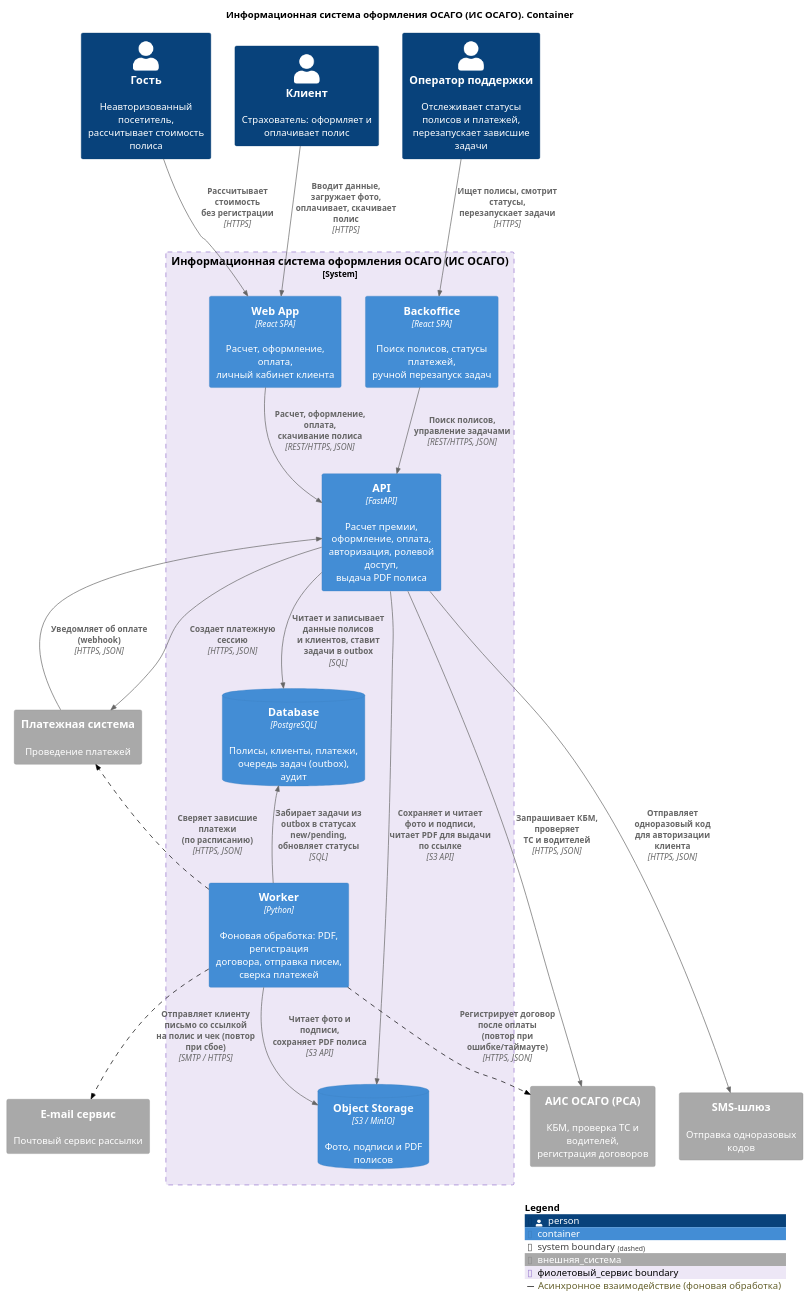
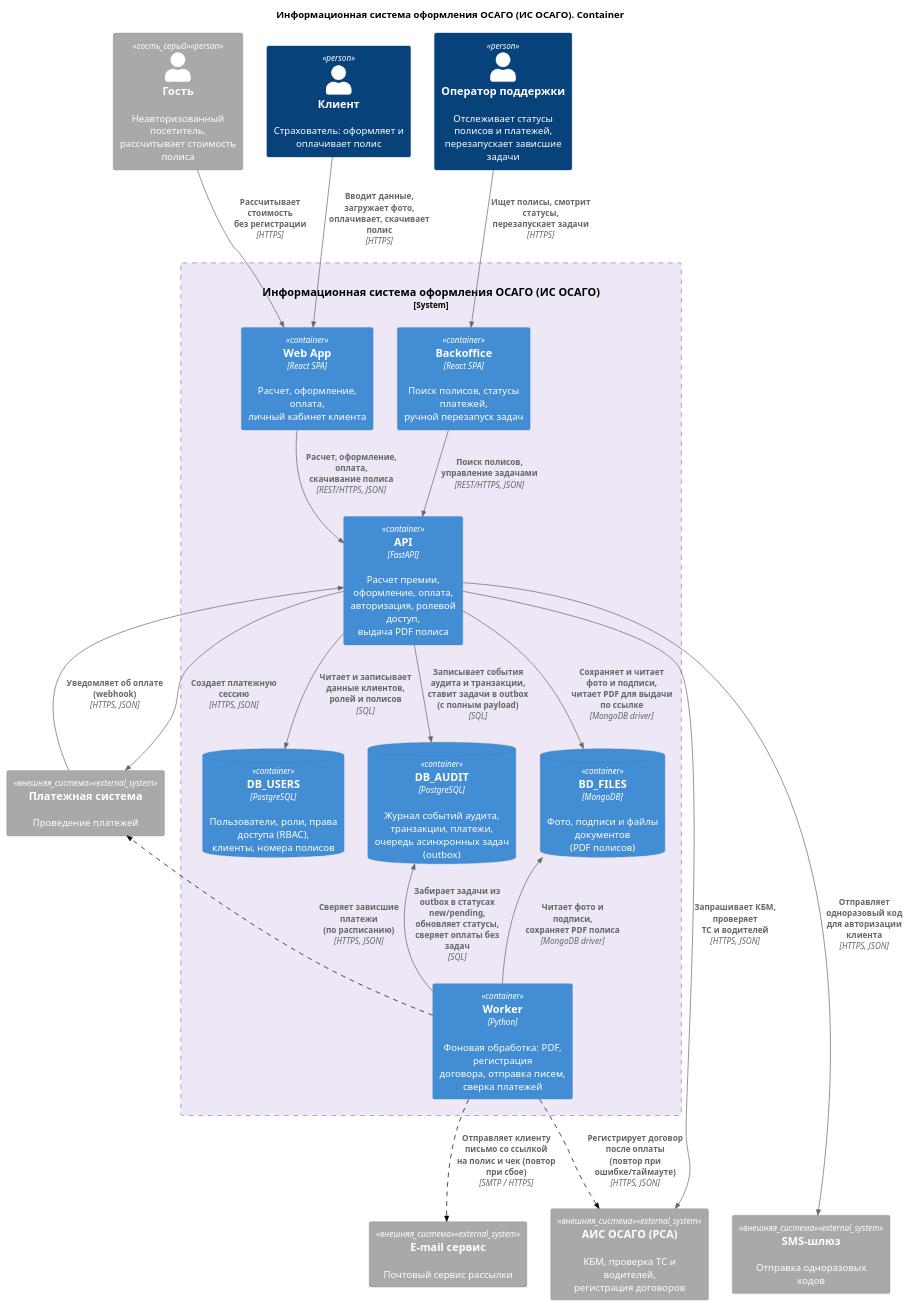
The diagram in docs_and_diagrams/Artem/container.puml (ElectricLight-ELO/Insurance-system), drawn with PlantUML before and after one commit. The commit also changed 11 other files, not shown here.

```diff
--- a/docs_and_diagrams/Artem/container.puml
+++ b/docs_and_diagrams/Artem/container.puml
@@ -1,92 +1,96 @@
 @startuml
 !include https://raw.githubusercontent.com/plantuml-stdlib/C4-PlantUML/master/C4_Container.puml
 
 title Информационная система оформления ОСАГО (ИС ОСАГО). Container
 
 ' === НАСТРОЙКА ЦВЕТОВ ===
 AddSystemTag("внешняя_система", $bgColor="#A9A9A9", $borderColor="#8A8A8A", $fontColor="#FFFFFF")
+AddPersonTag("гость_серый", $bgColor="#A9A9A9", $borderColor="#8A8A8A", $fontColor="#FFFFFF")
 AddBoundaryTag("фиолетовый_сервис", $bgColor="#EDE7F6", $borderColor="#9575CD", $fontColor="#000000")
 AddRelTag("пунктир", $lineStyle=DashedLine(), $lineColor="#000000", $legendText="Асинхронное взаимодействие (фоновая обработка)")
 
 ' === ЭЛЕМЕНТЫ ===
 
-Person(guest, "Гость", "Неавторизованный посетитель,\nрассчитывает стоимость полиса")
+Person(guest, "Гость", "Неавторизованный посетитель,\nрассчитывает стоимость полиса", $tags="гость_серый")
 Person(client, "Клиент", "Страхователь: оформляет и\nоплачивает полис")
 Person(support, "Оператор поддержки", "Отслеживает статусы полисов и платежей,\nперезапускает зависшие задачи")
 
 System_Boundary(osago_service, "Информационная система оформления ОСАГО (ИС ОСАГО)", $tags="фиолетовый_сервис") {
 
     Container(web_app, "Web App", "React SPA", "Расчет, оформление, оплата,\nличный кабинет клиента")
 
     Container(backoffice, "Backoffice", "React SPA", "Поиск полисов, статусы платежей,\nручной перезапуск задач")
 
     Container(api, "API", "FastAPI", "Расчет премии, оформление, оплата,\nавторизация, ролевой доступ,\nвыдача PDF полиса")
 
-    ContainerDb(database, "Database", "PostgreSQL", "Полисы, клиенты, платежи,\nочередь задач (outbox), аудит")
+    ContainerDb(db_users, "DB_USERS", "PostgreSQL", "Пользователи, роли, права доступа (RBAC),\nклиенты, номера полисов")
 
-    ContainerDb(object_storage, "Object Storage", "S3 / MinIO", "Фото, подписи и PDF полисов")
+    ContainerDb(db_audit, "DB_AUDIT", "PostgreSQL", "Журнал событий аудита, транзакции, платежи,\nочередь асинхронных задач (outbox)")
+
+    ContainerDb(bd_files, "BD_FILES", "MongoDB", "Фото, подписи и файлы документов\n(PDF полисов)")
 
     Container(worker, "Worker", "Python", "Фоновая обработка: PDF, регистрация\nдоговора, отправка писем, сверка платежей")
 }
 
 ' Внешние системы (серые, внизу)
 System_Ext(payment_sys, "Платежная система", "Проведение платежей", $tags="внешняя_система")
 System_Ext(email_sys, "E-mail сервис", "Почтовый сервис рассылки", $tags="внешняя_система")
 System_Ext(ais_osago, "АИС ОСАГО (РСА)", "КБМ, проверка ТС и водителей,\nрегистрация договоров", $tags="внешняя_система")
 System_Ext(sms_sys, "SMS-шлюз", "Отправка одноразовых кодов", $tags="внешняя_система")
 
 ' === СВЯЗИ ===
 
 ' Персоны
 Rel(guest, web_app, "Рассчитывает стоимость\nбез регистрации", "HTTPS")
 Rel(client, web_app, "Вводит данные, загружает фото,\nоплачивает, скачивает полис", "HTTPS")
 Rel(support, backoffice, "Ищет полисы, смотрит статусы,\nперезапускает задачи", "HTTPS")
 
 ' Фронтенды -> API
 Rel(web_app, api, "Расчет, оформление, оплата,\nскачивание полиса", "REST/HTTPS, JSON")
 Rel(backoffice, api, "Поиск полисов,\nуправление задачами", "REST/HTTPS, JSON")
 
 ' API -> внутренние хранилища
-Rel(api, database, "Читает и записывает данные полисов\nи клиентов, ставит задачи в outbox", "SQL")
-Rel(api, object_storage, "Сохраняет и читает фото и подписи,\nчитает PDF для выдачи по ссылке", "S3 API")
+Rel(api, db_users, "Читает и записывает данные клиентов,\nролей и полисов", "SQL")
+Rel(api, db_audit, "Записывает события аудита и транзакции,\nставит задачи в outbox (с полным payload)", "SQL")
+Rel(api, bd_files, "Сохраняет и читает фото и подписи,\nчитает PDF для выдачи по ссылке", "MongoDB driver")
 
 ' API -> внешние системы (синхронно)
 Rel(api, sms_sys, "Отправляет одноразовый код\nдля авторизации клиента", "HTTPS, JSON")
 Rel(api, payment_sys, "Создает платежную сессию", "HTTPS, JSON")
 Rel(payment_sys, api, "Уведомляет об оплате (webhook)", "HTTPS, JSON")
 Rel(api, ais_osago, "Запрашивает КБМ, проверяет\nТС и водителей", "HTTPS, JSON")
 
 ' Worker -> внутренние хранилища
-Rel(worker, database, "Забирает задачи из outbox в статусах\nnew/pending, обновляет статусы", "SQL")
-Rel(worker, object_storage, "Читает фото и подписи,\nсохраняет PDF полиса", "S3 API")
+Rel(worker, db_audit, "Забирает задачи из outbox в статусах\nnew/pending, обновляет статусы,\nсверяет оплаты без задач", "SQL")
+Rel(worker, bd_files, "Читает фото и подписи,\nсохраняет PDF полиса", "MongoDB driver")
 
 ' Worker -> внешние системы (асинхронно, пунктир)
 Rel(worker, ais_osago, "Регистрирует договор после оплаты\n(повтор при ошибке/таймауте)", "HTTPS, JSON", $tags="пунктир")
 Rel(worker, payment_sys, "Сверяет зависшие платежи\n(по расписанию)", "HTTPS, JSON", $tags="пунктир")
 Rel(worker, email_sys, "Отправляет клиенту письмо со ссылкой\nна полис и чек (повтор при сбое)", "SMTP / HTTPS", $tags="пунктир")
 
 ' === УПРАВЛЕНИЕ LAYOUT (скрытые связи) ===
 
 ' Персоны в один ряд
 guest -[hidden]right- client
 client -[hidden]right- support
 
-' Фронтенды под своими персонами
+' Верхний ряд внутри boundary: фронтенды под своими персонами
 client -[hidden]down- web_app
 support -[hidden]down- backoffice
 web_app -[hidden]right- backoffice
 
-' Ядро
+' Нижний ряд внутри boundary: ядро в одну строку
 web_app -[hidden]down- api
-api -[hidden]down- database
-database -[hidden]right- object_storage
-database -[hidden]down- worker
+api -[hidden]right- db_users
+db_users -[hidden]right- db_audit
+db_audit -[hidden]right- bd_files
+bd_files -[hidden]right- worker
 
 ' Внешние системы внизу
 osago_service -[hidden]down- payment_sys
 payment_sys -[hidden]right- email_sys
 email_sys -[hidden]right- ais_osago
 ais_osago -[hidden]right- sms_sys
 
-SHOW_LEGEND()
 @enduml
```
